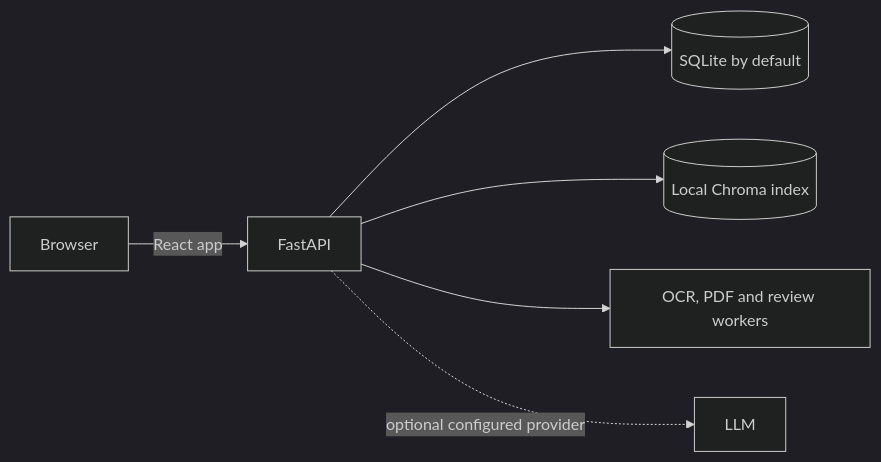
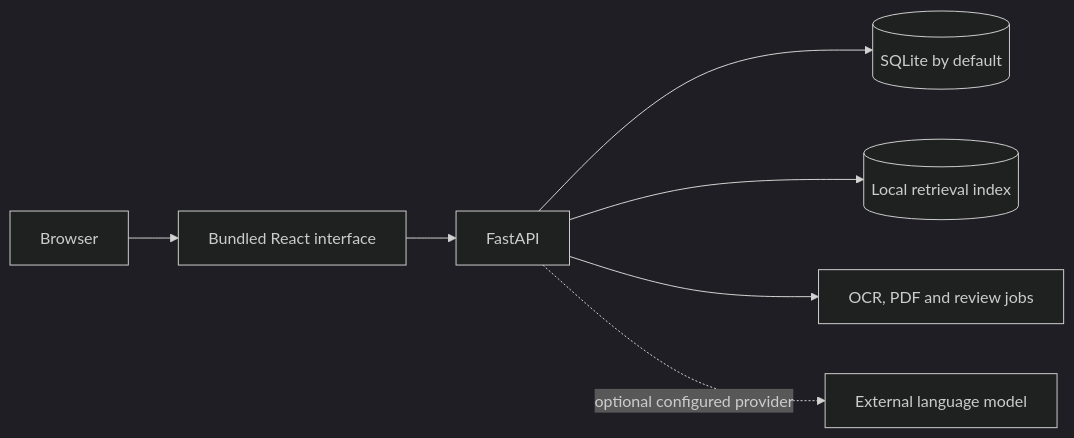
Before and after one commit to shwetarahate13/BrandGuard: the diagram in README.md, drawn with Mermaid (dark theme). The commit also changed other lines of this file and 7 other files, not shown here.

````diff
--- a/README.md
+++ b/README.md
@@ -7,8 +7,9 @@
 ```mermaid
 flowchart LR
-  U[Browser] -->|React app| F[FastAPI]
-  F --> D[(SQLite by default)]
-  F --> V[(Local Chroma index)]
-  F --> M[OCR, PDF and review workers]
-  F -. optional configured provider .-> L[LLM]
+  B[Browser] --> UI[Bundled React interface]
+  UI --> API[FastAPI]
+  API --> DB[(SQLite by default)]
+  API --> IDX[(Local retrieval index)]
+  API --> JOBS[OCR, PDF and review jobs]
+  API -. optional configured provider .-> LLM[External language model]
 ```
````
